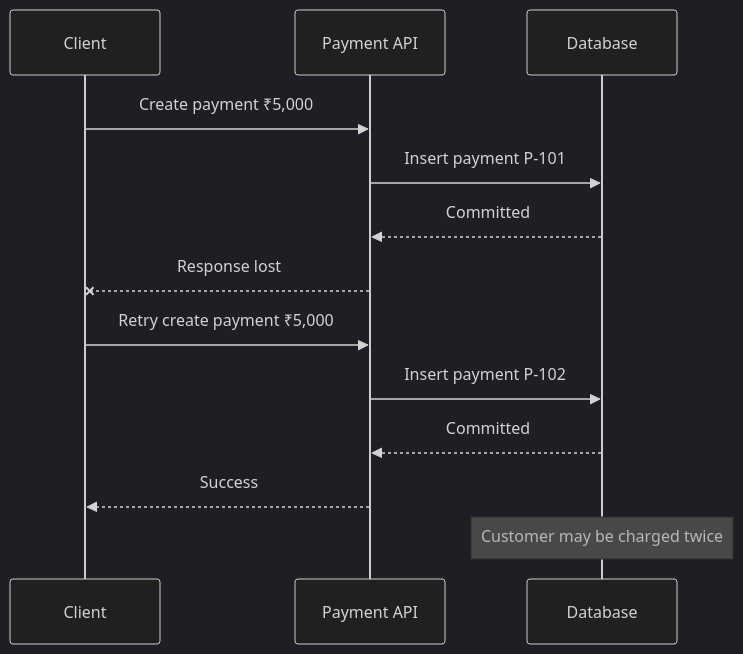
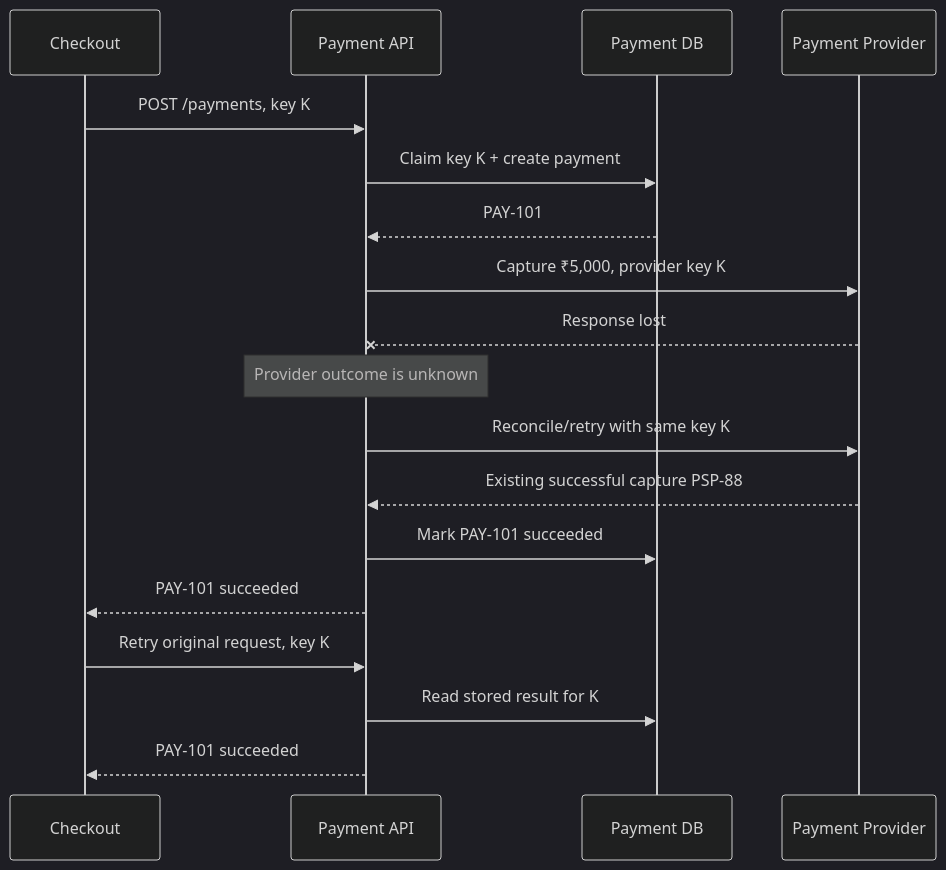
Before and after one commit to AvadhBhalodiya/Interview-Preparation: the eighth of 9 diagrams in src/content/system-design/consistency-cap-retries.md, drawn with Mermaid (dark theme). The commit also changed other lines of this file and 54 other files, not shown here.

````diff
--- a/src/content/system-design/consistency-cap-retries.md
+++ b/src/content/system-design/consistency-cap-retries.md
@@ -549,18 +587,24 @@
 ```mermaid
 sequenceDiagram
-    participant C as Client
+    participant C as Checkout
     participant API as Payment API
-    participant DB as Database
+    participant DB as Payment DB
+    participant PSP as Payment Provider
 
-    C->>API: Create payment ₹5,000
-    API->>DB: Insert payment P-101
-    DB-->>API: Committed
-    API--xC: Response lost
+    C->>API: POST /payments, key K
+    API->>DB: Claim key K + create payment
+    DB-->>API: PAY-101
+    API->>PSP: Capture ₹5,000, provider key K
+    PSP--xAPI: Response lost
 
-    C->>API: Retry create payment ₹5,000
-    API->>DB: Insert payment P-102
-    DB-->>API: Committed
-    API-->>C: Success
+    Note over API: Provider outcome is unknown
 
-    Note over DB: Customer may be charged twice
+    API->>PSP: Reconcile/retry with same key K
+    PSP-->>API: Existing successful capture PSP-88
+    API->>DB: Mark PAY-101 succeeded
+    API-->>C: PAY-101 succeeded
+
+    C->>API: Retry original request, key K
+    API->>DB: Read stored result for K
+    API-->>C: PAY-101 succeeded
 ```
````
